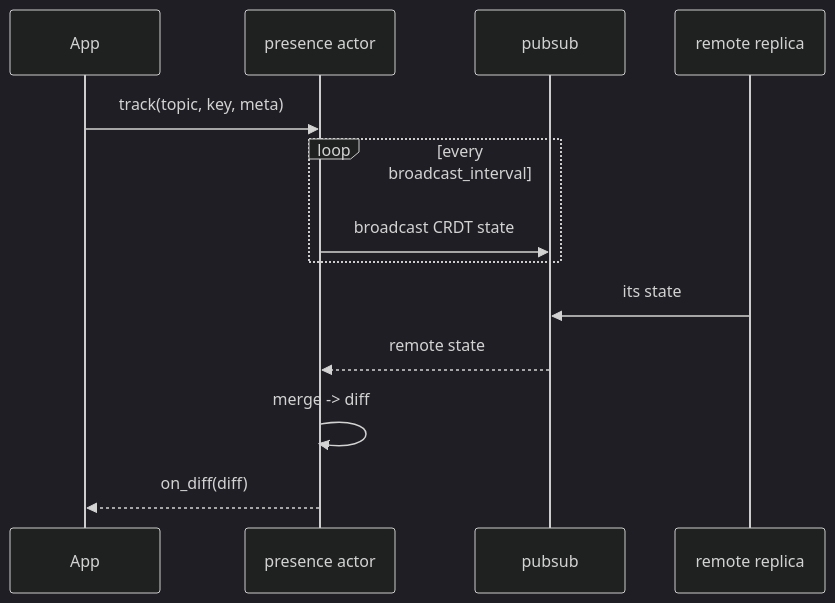
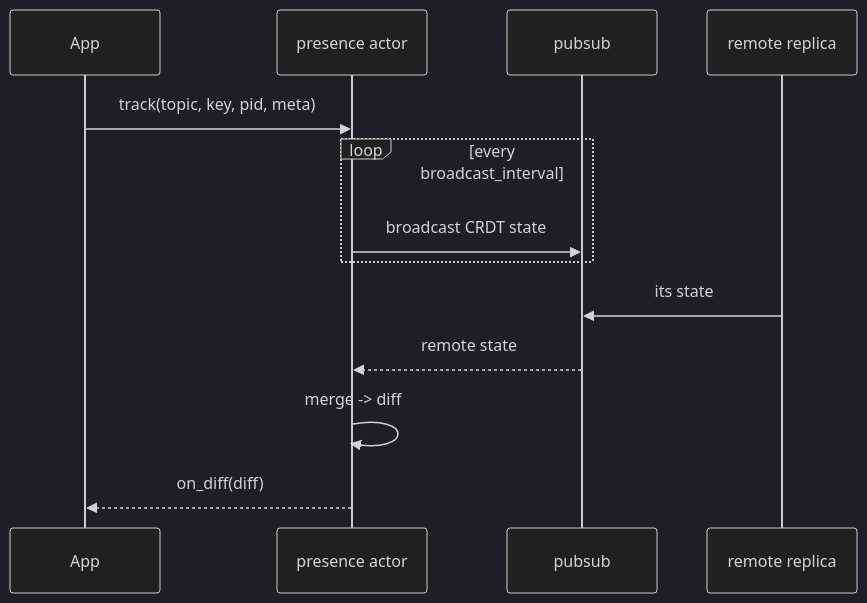
One commit to tylerbutler/beryl changed the tenth of 11 diagrams in docs/architecture-deck.md. Above: the diagram before and after it, drawn with Mermaid (dark theme). The commit also changed other lines of this file and 4 other files, not shown here.

First line of the commit message:
docs(architecture): fix callback arities and clarify topic wildcards

````diff
--- a/docs/architecture-deck.md
+++ b/docs/architecture-deck.md
@@ -205,15 +205,15 @@
 ```mermaid
 sequenceDiagram
   participant App
   participant Pres as presence actor
   participant PS as pubsub
   participant Remote as remote replica
-  App->>Pres: track(topic, key, meta)
+  App->>Pres: track(topic, key, pid, meta)
   loop every broadcast_interval
     Pres->>PS: broadcast CRDT state
   end
   Remote->>PS: its state
   PS-->>Pres: remote state
   Pres->>Pres: merge -> diff
   Pres-->>App: on_diff(diff)
 ```
````
